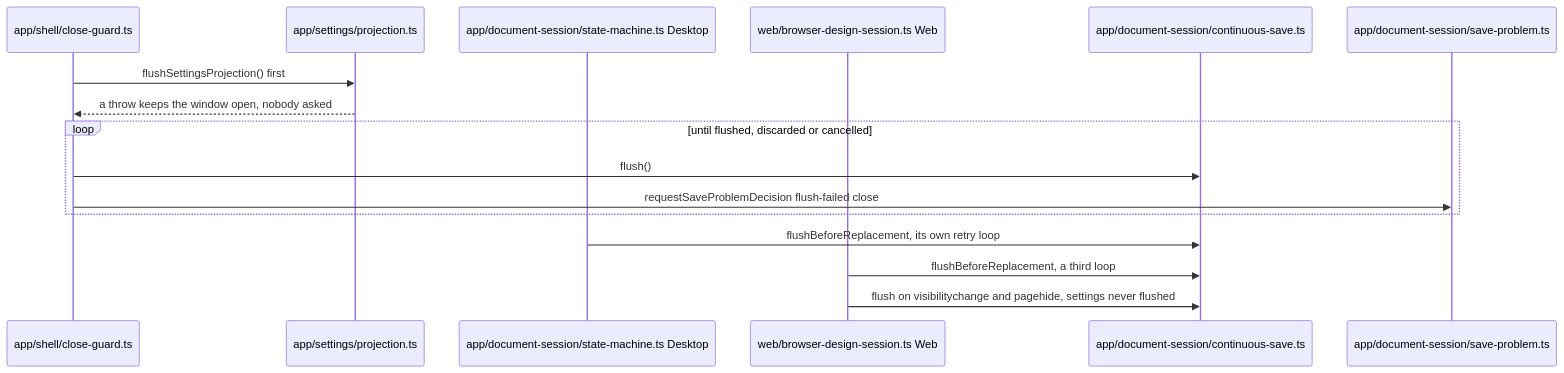
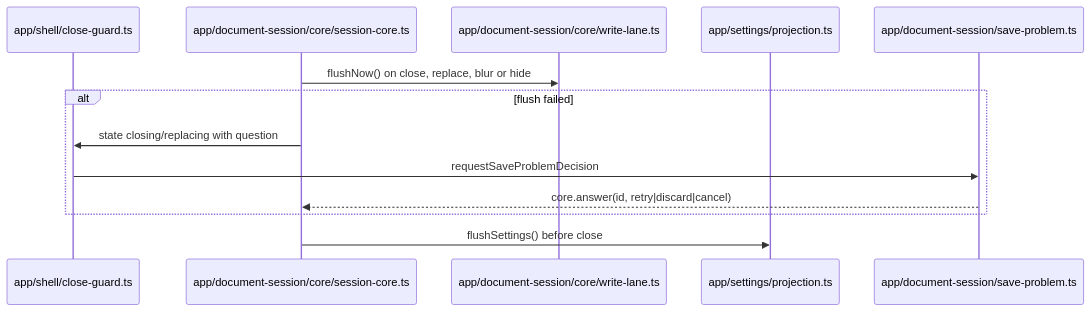
One commit to opencanopi/canopi changed the sixth of 6 diagrams in docs/architecture/flows-document.md. Above: the diagram before and after it, drawn with Mermaid. The commit also changed other lines of this file and 331 other files, not shown here.

````diff
--- a/docs/architecture/flows-document.md
+++ b/docs/architecture/flows-document.md
@@ -220,18 +220,15 @@
 ```mermaid
 sequenceDiagram
   participant Guard as app/shell/close-guard.ts
+  participant Core as app/document-session/core/session-core.ts
+  participant Lane as app/document-session/core/write-lane.ts
   participant Set as app/settings/projection.ts
-  participant Desk as app/document-session/state-machine.ts Desktop
-  participant Web as web/browser-design-session.ts Web
-  participant Save as app/document-session/continuous-save.ts
   participant Ask as app/document-session/save-problem.ts
-  Guard->>Set: flushSettingsProjection() first
-  Set-->>Guard: a throw keeps the window open, nobody asked
-  loop until flushed, discarded or cancelled
-    Guard->>Save: flush()
-    Guard->>Ask: requestSaveProblemDecision flush-failed close
+  Core->>Lane: flushNow() on close, replace, blur or hide
+  alt flush failed
+    Core->>Guard: state closing/replacing with question
+    Guard->>Ask: requestSaveProblemDecision
+    Ask-->>Core: core.answer(id, retry|discard|cancel)
   end
-  Desk->>Save: flushBeforeReplacement, its own retry loop
-  Web->>Save: flushBeforeReplacement, a third loop
-  Web->>Save: flush on visibilitychange and pagehide, settings never flushed
+  Core->>Set: flushSettings() before close
 ```
````
